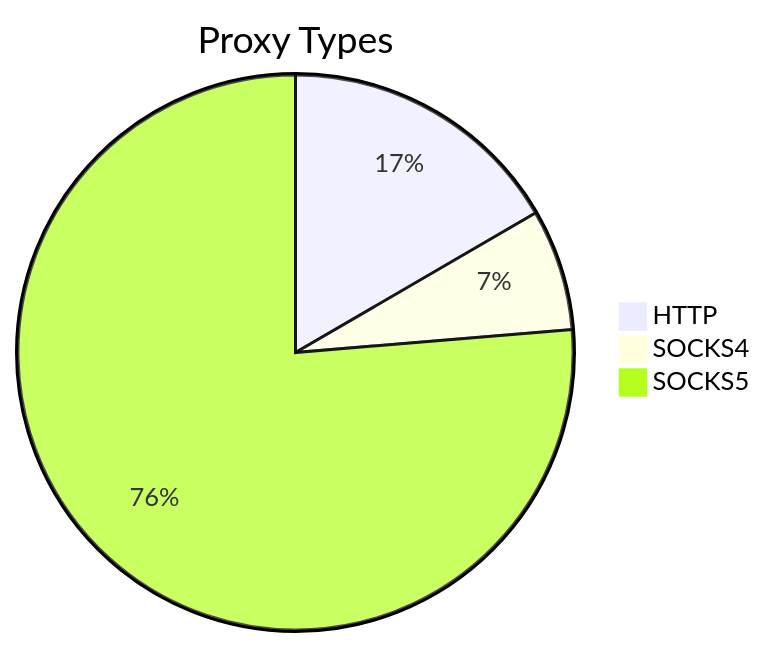
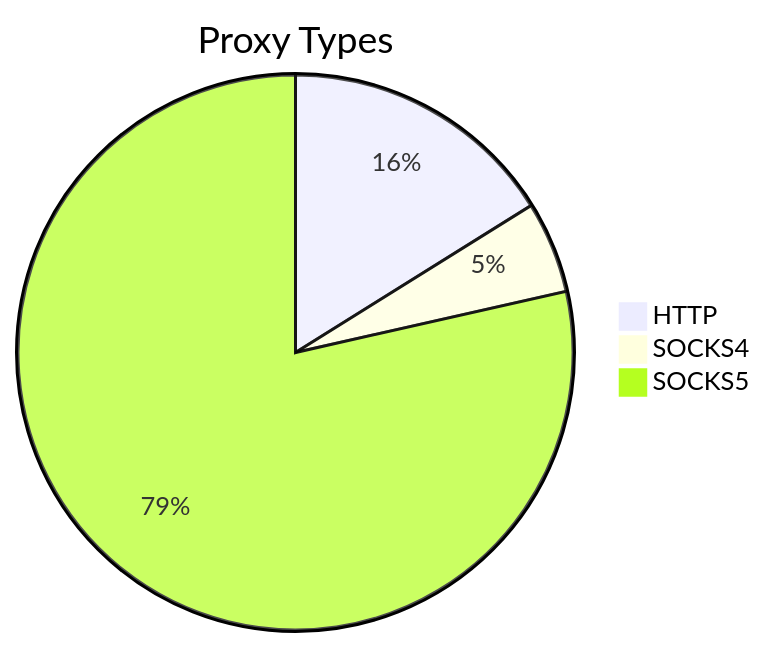
The first of 2 diagrams in README.md (stormsia/proxy-list), drawn with Mermaid before and after one commit. The commit also changed other lines of this file, not shown here.

````diff
--- a/README.md
+++ b/README.md
@@ -21,6 +21,6 @@
 ```mermaid
 pie title Proxy Types
-    "HTTP" : 240
-    "SOCKS4" : 102
-    "SOCKS5" : 1102
+    "HTTP" : 163
+    "SOCKS4" : 54
+    "SOCKS5" : 794
 ```
````
